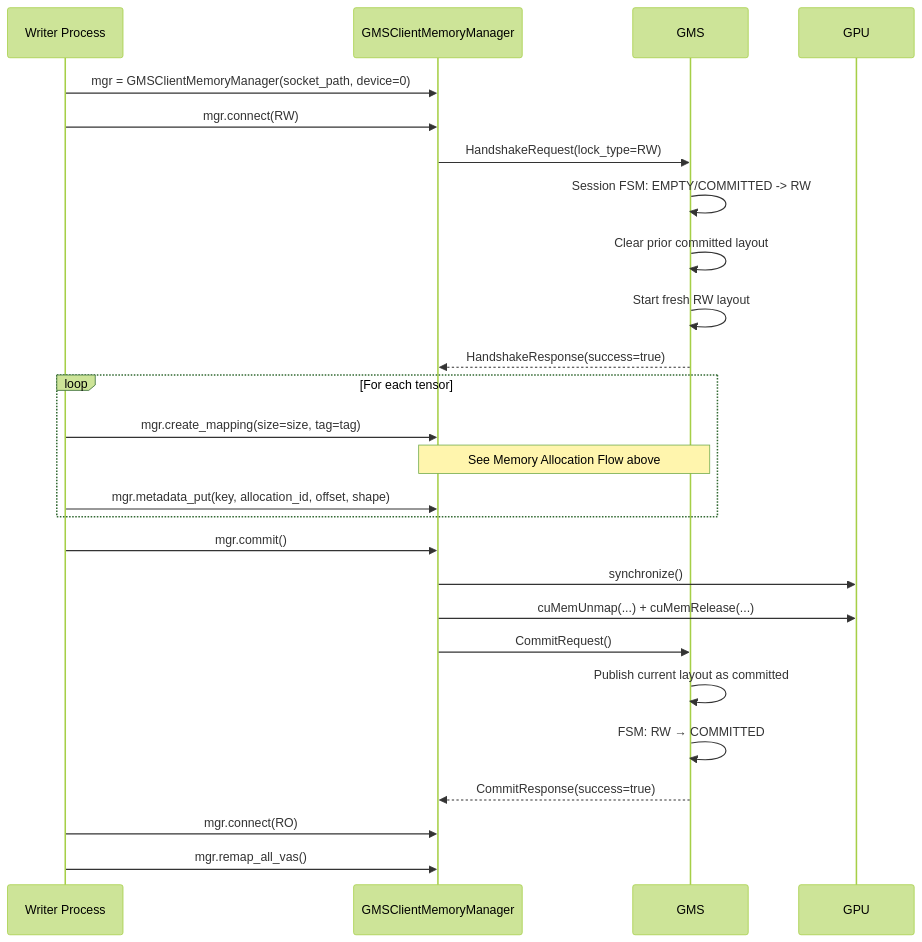
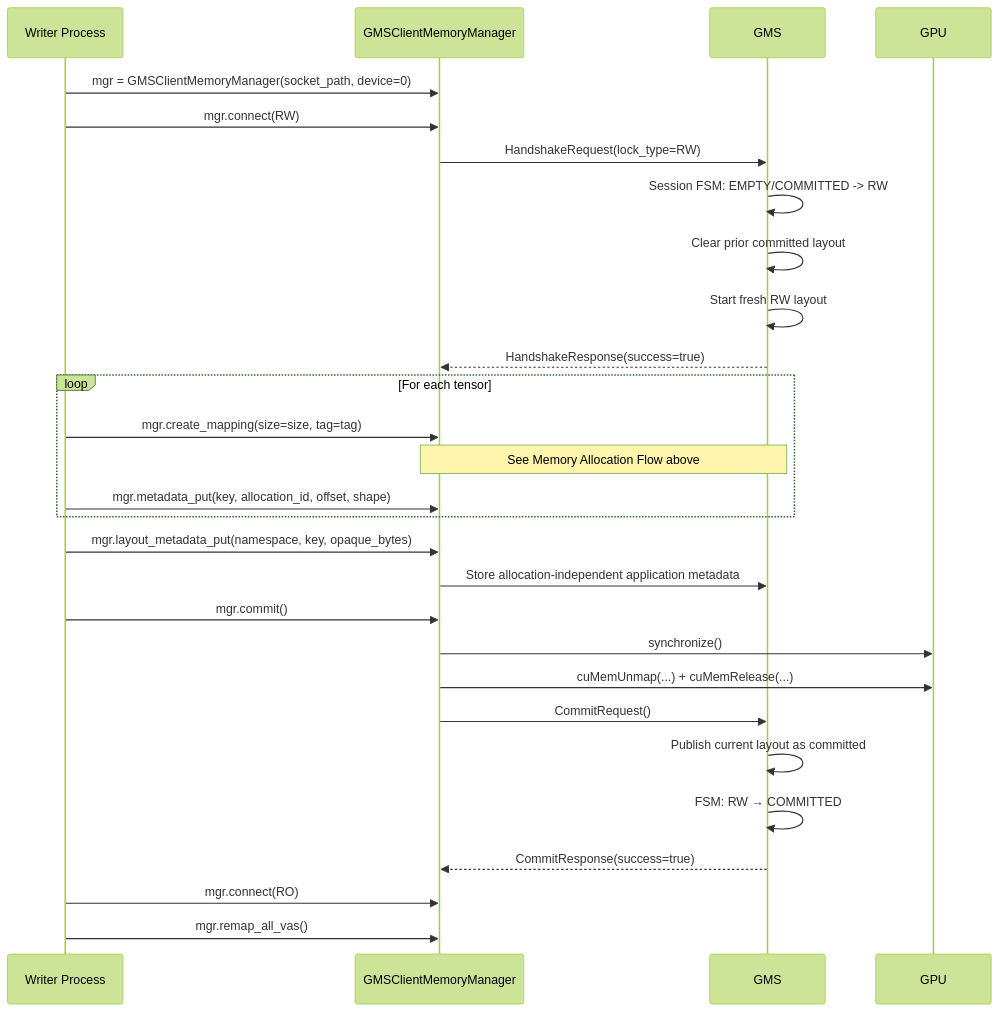
Before and after one commit to ai-dynamo/dynamo: the fifth of 8 diagrams in lib/gpu_memory_service/README.md, drawn with Mermaid (forest theme). The commit also changed other lines of this file and 10 other files, not shown here.

Commit message:
feat(gms): add namespaced layout metadata

````diff
--- a/lib/gpu_memory_service/README.md
+++ b/lib/gpu_memory_service/README.md
@@ -261,30 +262,33 @@
 ```mermaid
 sequenceDiagram
     participant W as Writer Process
     participant C as GMSClientMemoryManager
     participant S as GMS
 
     W->>C: mgr = GMSClientMemoryManager(socket_path, device=0)
     W->>C: mgr.connect(RW)
     C->>S: HandshakeRequest(lock_type=RW)
     S->>S: Session FSM: EMPTY/COMMITTED -> RW
     S->>S: Clear prior committed layout
     S->>S: Start fresh RW layout
     S-->>C: HandshakeResponse(success=true)
 
     loop For each tensor
         W->>C: mgr.create_mapping(size=size, tag=tag)
         Note over C,S: See Memory Allocation Flow above
         W->>C: mgr.metadata_put(key, allocation_id, offset, shape)
     end
 
+    W->>C: mgr.layout_metadata_put(namespace, key, opaque_bytes)
+    C->>S: Store allocation-independent application metadata
+
     W->>C: mgr.commit()
     C->>GPU: synchronize()
     C->>GPU: cuMemUnmap(...) + cuMemRelease(...)
     C->>S: CommitRequest()
     S->>S: Publish current layout as committed
     S->>S: FSM: RW → COMMITTED
     S-->>C: CommitResponse(success=true)
     W->>C: mgr.connect(RO)
     W->>C: mgr.remap_all_vas()
 ```
````
